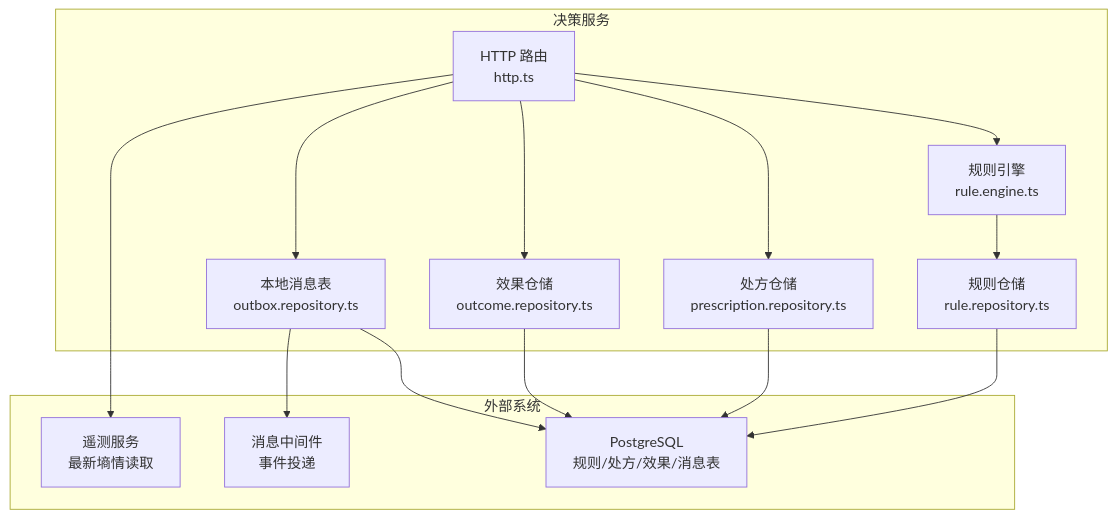
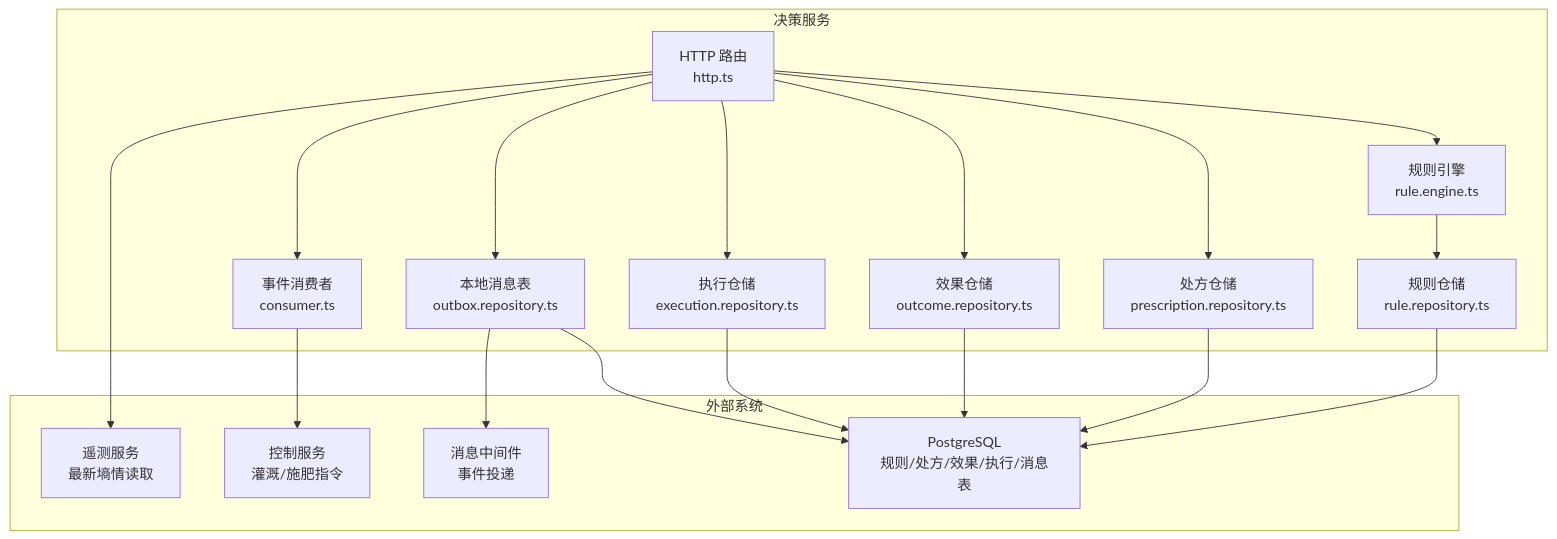
Before and after one commit to q446328246/agri-platform: the first of 14 diagrams in .qoder/repowiki/zh/content/核心服务文档/智能决策服务/智能决策服务.md, drawn with Mermaid. The commit also changed other lines of this file and 35 other files, not shown here.

````diff
--- a/.qoder/repowiki/zh/content/核心服务文档/智能决策服务/智能决策服务.md
+++ b/.qoder/repowiki/zh/content/核心服务文档/智能决策服务/智能决策服务.md
@@ -48,27 +55,34 @@
 ```mermaid
 graph TB
 subgraph "决策服务"
 HTTP["HTTP 路由<br/>http.ts"]
 Engine["规则引擎<br/>rule.engine.ts"]
 RuleRepo["规则仓储<br/>rule.repository.ts"]
 PrescRepo["处方仓储<br/>prescription.repository.ts"]
 OutcomeRepo["效果仓储<br/>outcome.repository.ts"]
+Consumer["事件消费者<br/>consumer.ts"]
+ExecRepo["执行仓储<br/>execution.repository.ts"]
 Outbox["本地消息表<br/>outbox.repository.ts"]
 end
 subgraph "外部系统"
 Telemetry["遥测服务<br/>最新墒情读取"]
+Control["控制服务<br/>灌溉/施肥指令"]
 MQ["消息中间件<br/>事件投递"]
-DB["PostgreSQL<br/>规则/处方/效果/消息表"]
+DB["PostgreSQL<br/>规则/处方/效果/执行/消息表"]
 end
 HTTP --> Engine
+HTTP --> Consumer
 Engine --> RuleRepo
 HTTP --> PrescRepo
 HTTP --> OutcomeRepo
+HTTP --> ExecRepo
 HTTP --> Outbox
 HTTP --> Telemetry
+Consumer --> Control
 Outbox --> MQ
 RuleRepo --> DB
 PrescRepo --> DB
 OutcomeRepo --> DB
+ExecRepo --> DB
 Outbox --> DB
 ```
````
